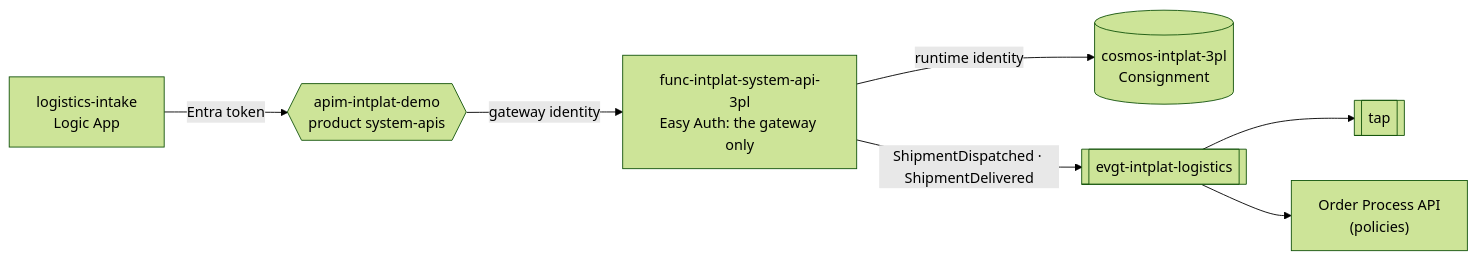
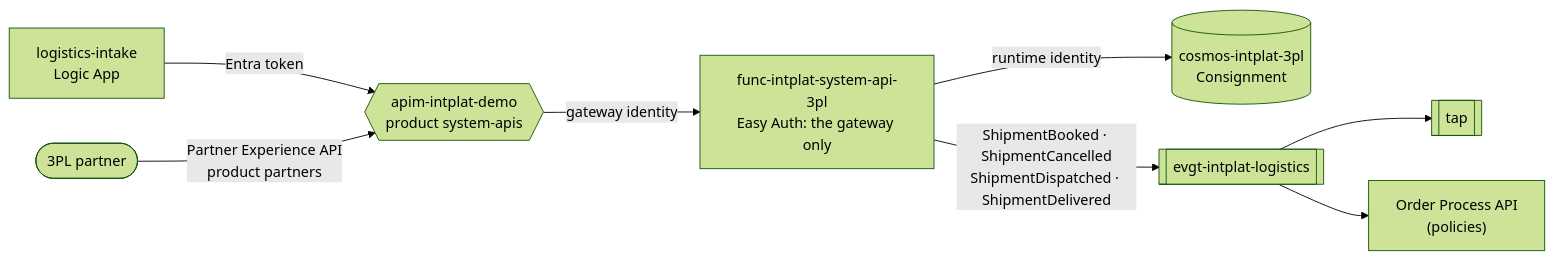
Before and after one commit to azure-intelligence-domain/system-api-3pl: the first of 2 diagrams in README.md, drawn with Mermaid (forest theme). The commit also changed other lines of this file and 8 other files, not shown here.

First line of the commit message:
Shipment bookings: booked first, the partner reports the pick-up (v1.1.0)

````diff
--- a/README.md
+++ b/README.md
@@ -17,9 +17,10 @@
 ```mermaid
 flowchart LR
     caller["logistics-intake<br/>Logic App"] -- "Entra token" --> apim{{"apim-intplat-demo<br/>product system-apis"}}
+    partner(["3PL partner"]) -- "Partner Experience API<br/>product partners" --> apim
     apim -- "gateway identity" --> func["func-intplat-system-api-3pl<br/>Easy Auth: the gateway only"]
     func -- "runtime identity" --> db[("cosmos-intplat-3pl<br/>Consignment")]
-    func -- "ShipmentDispatched · ShipmentDelivered" --> topic[["evgt-intplat-logistics"]]
+    func -- "ShipmentBooked · ShipmentCancelled<br/>ShipmentDispatched · ShipmentDelivered" --> topic[["evgt-intplat-logistics"]]
     topic --> tap[["tap"]]
     topic --> order["Order Process API<br/>(policies)"]
 ```
````
